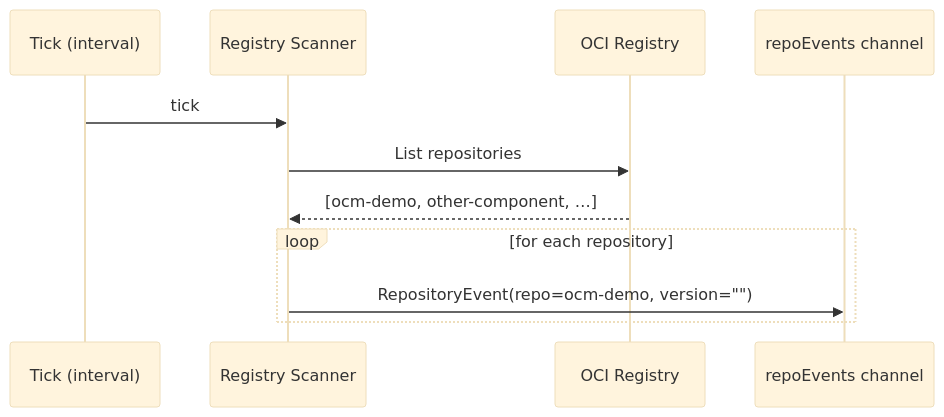
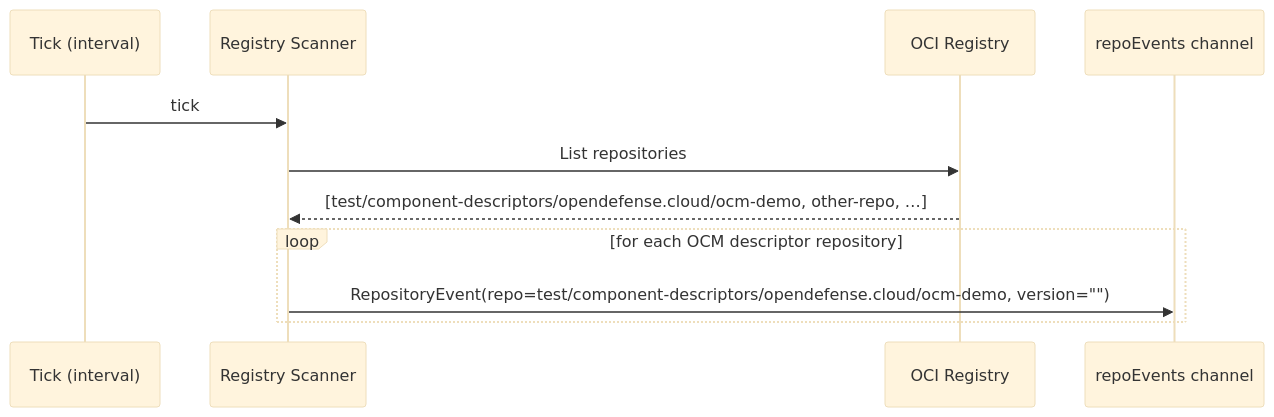
Before and after one commit to opendefensecloud/solution-arsenal: the third of 7 diagrams in docs/developer-guide/discovery_pipeline.md, drawn with Mermaid (base theme). The commit also changed other lines of this file and 5 other files, not shown here.

````diff
--- a/docs/developer-guide/discovery_pipeline.md
+++ b/docs/developer-guide/discovery_pipeline.md
@@ -116,14 +125,14 @@
 ```mermaid
 sequenceDiagram
     participant Timer as Tick (interval)
     participant Scanner as Registry Scanner
     participant Reg as OCI Registry
     participant Chan as repoEvents channel
 
     Timer->>Scanner: tick
     Scanner->>Reg: List repositories
-    Reg-->>Scanner: [ocm-demo, other-component, …]
-    loop for each repository
-        Scanner->>Chan: RepositoryEvent(repo=ocm-demo, version="")
+    Reg-->>Scanner: [test/component-descriptors/opendefense.cloud/ocm-demo, other-repo, …]
+    loop for each OCM descriptor repository
+        Scanner->>Chan: RepositoryEvent(repo=test/component-descriptors/opendefense.cloud/ocm-demo, version="")
     end
 ```
````
